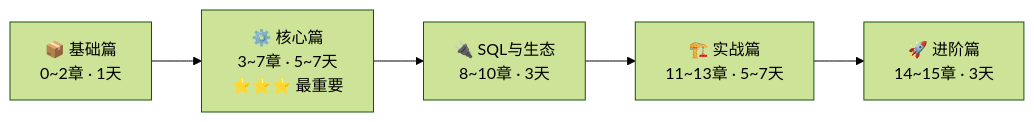
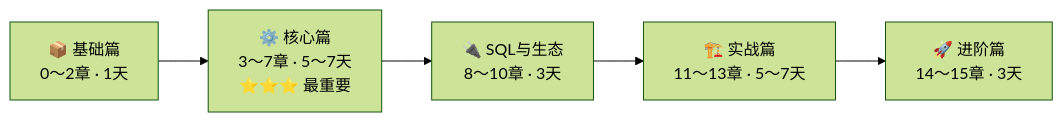
One commit to slowleelab/flink-in-action-course changed diagram 14 of 14 in docs/ch00.md. Above: the diagram before and after it, drawn with Mermaid (forest theme). The commit also changed other lines of this file, not shown here.

First line of the commit message:
docs(ch00): 重写课程导读，新增核心术语图解一节

````diff
--- a/docs/ch00.md
+++ b/docs/ch00.md
@@ -122,7 +386,7 @@
 ```mermaid
 flowchart LR
-    A[📦 基础篇<br/>0~2章 · 1天] --> B[⚙️ 核心篇<br/>3~7章 · 5~7天<br/>⭐⭐⭐ 最重要]
-    B --> C[🔌 SQL与生态<br/>8~10章 · 3天]
-    C --> D[🏗️ 实战篇<br/>11~13章 · 5~7天]
-    D --> E[🚀 进阶篇<br/>14~15章 · 3天]
+    A[📦 基础篇<br/>0～2章 · 1天] --> B[⚙️ 核心篇<br/>3～7章 · 5～7天<br/>⭐⭐⭐ 最重要]
+    B --> C[🔌 SQL与生态<br/>8～10章 · 3天]
+    C --> D[🏗️ 实战篇<br/>11～13章 · 5～7天]
+    D --> E[🚀 进阶篇<br/>14～15章 · 3天]
 ```
````
